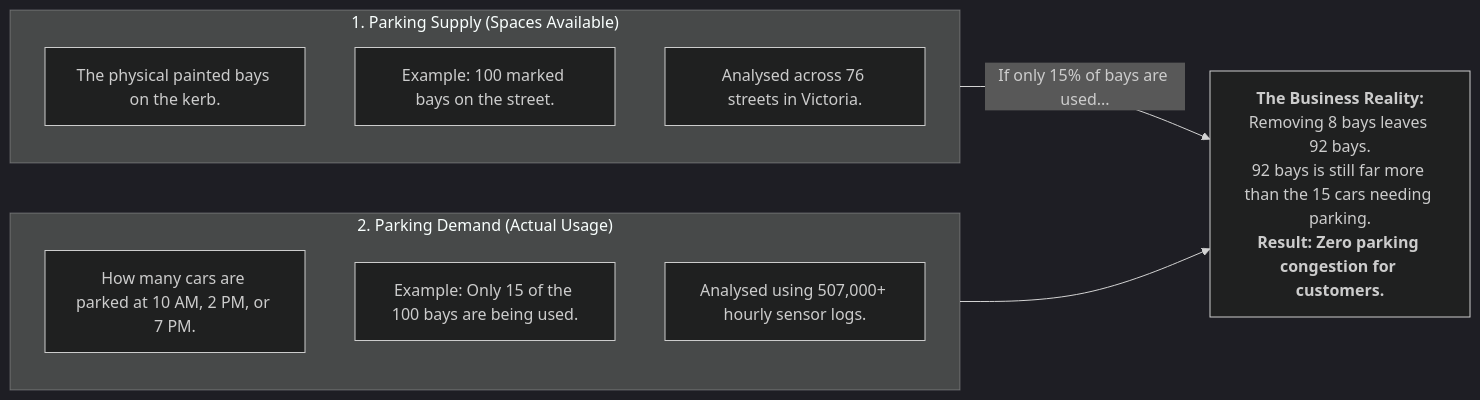
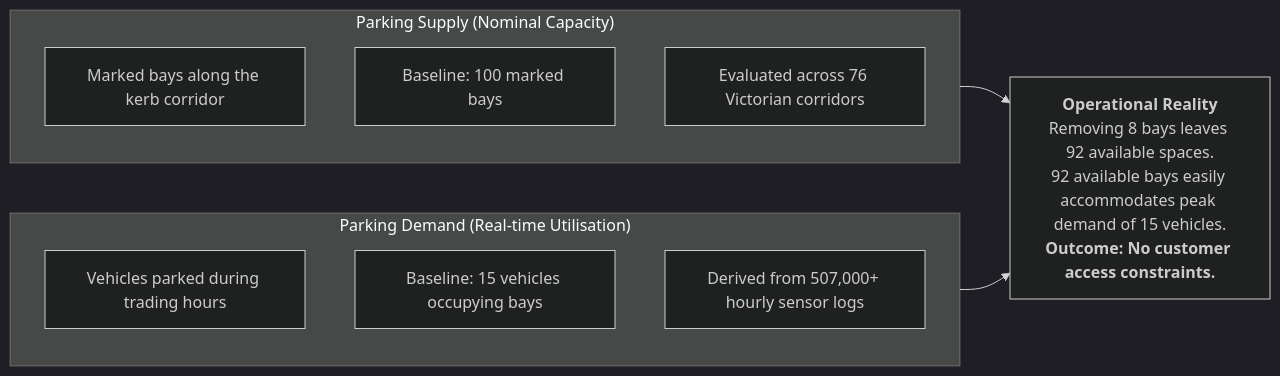
Before and after one commit to rooien/urban-analysis: the second of 6 diagrams in team_b/PARKING_UTILISATION_INSIGHTS.md, drawn with Mermaid (dark theme). The commit also changed other lines of this file, not shown here.

````diff
--- a/team_b/PARKING_UTILISATION_INSIGHTS.md
+++ b/team_b/PARKING_UTILISATION_INSIGHTS.md
@@ -77,17 +77,17 @@
 ```mermaid
 flowchart LR
-    subgraph Supply ["1. Parking Supply (Spaces Available)"]
-        S1["The physical painted bays on the kerb."]
-        S2["Example: 100 marked bays on the street."]
-        S3["Analysed across 76 streets in Victoria."]
+    subgraph Supply ["Parking Supply (Nominal Capacity)"]
+        S1["Marked bays along the kerb corridor"]
+        S2["Baseline: 100 marked bays"]
+        S3["Evaluated across 76 Victorian corridors"]
     end
 
-    subgraph Demand ["2. Parking Demand (Actual Usage)"]
-        D1["How many cars are parked at 10 AM, 2 PM, or 7 PM."]
-        D2["Example: Only 15 of the 100 bays are being used."]
-        D3["Analysed using 507,000+ hourly sensor logs."]
+    subgraph Demand ["Parking Demand (Real-time Utilisation)"]
+        D1["Vehicles parked during trading hours"]
+        D2["Baseline: 15 vehicles occupying bays"]
+        D3["Derived from 507,000+ hourly sensor logs"]
     end
 
-    Supply -->|If only 15% of bays are used...| Balance["<b>The Business Reality:</b><br/>Removing 8 bays leaves 92 bays.<br/>92 bays is still far more than the 15 cars needing parking.<br/><b>Result: Zero parking congestion for customers.</b>"]
+    Supply --> Balance["<b>Operational Reality</b><br/>Removing 8 bays leaves 92 available spaces.<br/>92 available bays easily accommodates peak demand of 15 vehicles.<br/><b>Outcome: No customer access constraints.</b>"]
     Demand --> Balance
 ```
````
